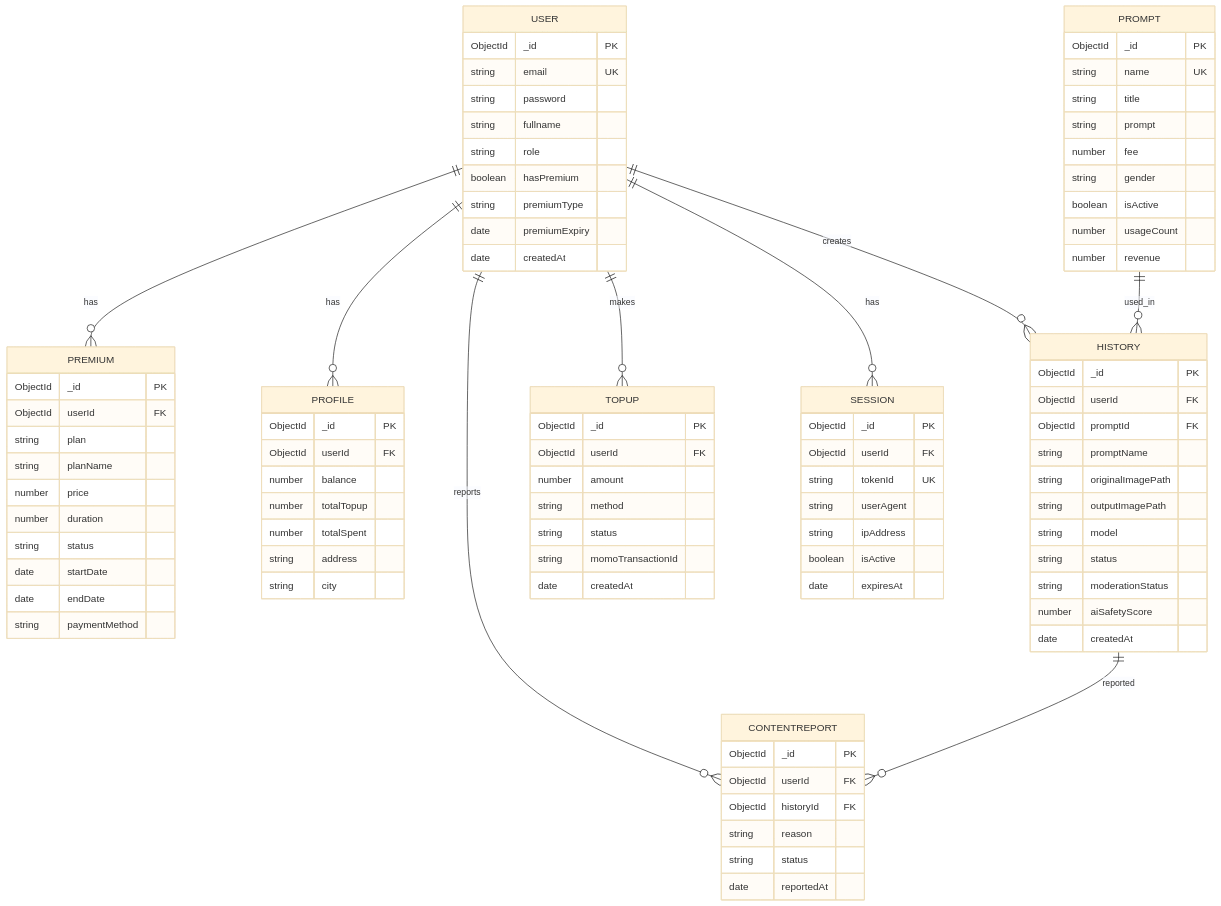
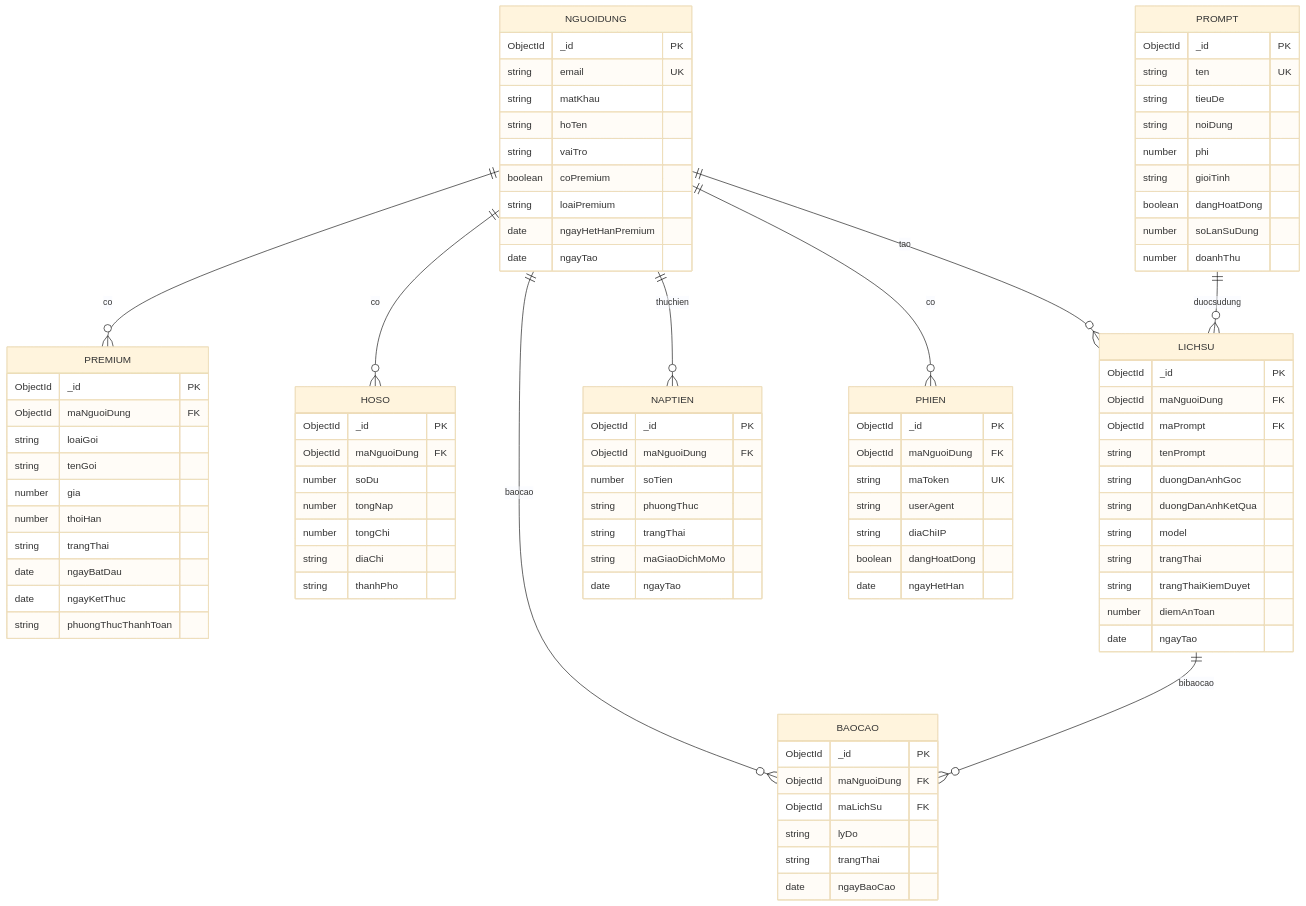
The fourth of 8 diagrams in DIAGRAMS.md (Son1BeYew/AIStudio), drawn with Mermaid (base theme) before and after one commit. The commit also changed other lines of this file, not shown here.

````diff
--- a/DIAGRAMS.md
+++ b/DIAGRAMS.md
@@ -178,102 +178,102 @@
 ```mermaid
 erDiagram
-    USER ||--o{ PREMIUM : has
-    USER ||--o{ PROFILE : has
-    USER ||--o{ HISTORY : creates
-    USER ||--o{ TOPUP : makes
-    USER ||--o{ SESSION : has
-    USER ||--o{ CONTENTREPORT : reports
+    NGUOIDUNG ||--o{ PREMIUM : co
+    NGUOIDUNG ||--o{ HOSO : co
+    NGUOIDUNG ||--o{ LICHSU : tao
+    NGUOIDUNG ||--o{ NAPTIEN : thuchien
+    NGUOIDUNG ||--o{ PHIEN : co
+    NGUOIDUNG ||--o{ BAOCAO : baocao
     
-    PROMPT ||--o{ HISTORY : used_in
-    HISTORY ||--o{ CONTENTREPORT : reported
+    PROMPT ||--o{ LICHSU : duocsudung
+    LICHSU ||--o{ BAOCAO : bibaocao
     
-    USER {
+    NGUOIDUNG {
         ObjectId _id PK
         string email UK
-        string password
-        string fullname
-        string role
-        boolean hasPremium
-        string premiumType
-        date premiumExpiry
-        date createdAt
+        string matKhau
+        string hoTen
+        string vaiTro
+        boolean coPremium
+        string loaiPremium
+        date ngayHetHanPremium
+        date ngayTao
     }
     
-    PROFILE {
+    HOSO {
         ObjectId _id PK
-        ObjectId userId FK
-        number balance
-        number totalTopup
-        number totalSpent
-        string address
-        string city
+        ObjectId maNguoiDung FK
+        number soDu
+        number tongNap
+        number tongChi
+        string diaChi
+        string thanhPho
     }
     
     PREMIUM {
         ObjectId _id PK
-        ObjectId userId FK
-        string plan
-        string planName
-        number price
-        number duration
-        string status
-        date startDate
-        date endDate
-        string paymentMethod
+        ObjectId maNguoiDung FK
+        string loaiGoi
+        string tenGoi
+        number gia
+        number thoiHan
+        string trangThai
+        date ngayBatDau
+        date ngayKetThuc
+        string phuongThucThanhToan
     }
     
     PROMPT {
         ObjectId _id PK
-        string name UK
-        string title
-        string prompt
-        number fee
-        string gender
-        boolean isActive
-        number usageCount
-        number revenue
+        string ten UK
+        string tieuDe
+        string noiDung
+        number phi
+        string gioiTinh
+        boolean dangHoatDong
+        number soLanSuDung
+        number doanhThu
     }
     
-    HISTORY {
+    LICHSU {
         ObjectId _id PK
-        ObjectId userId FK
-        ObjectId promptId FK
-        string promptName
-        string originalImagePath
-        string outputImagePath
+        ObjectId maNguoiDung FK
+        ObjectId maPrompt FK
+        string tenPrompt
+        string duongDanAnhGoc
+        string duongDanAnhKetQua
         string model
-        string status
-        string moderationStatus
-        number aiSafetyScore
-        date createdAt
+        string trangThai
+        string trangThaiKiemDuyet
+        number diemAnToan
+        date ngayTao
     }
     
-    TOPUP {
+    NAPTIEN {
         ObjectId _id PK
-        ObjectId userId FK
-        number amount
-        string method
-        string status
-        string momoTransactionId
-        date createdAt
+        ObjectId maNguoiDung FK
+        number soTien
+        string phuongThuc
+        string trangThai
+        string maGiaoDichMoMo
+        date ngayTao
     }
     
-    SESSION {
+    PHIEN {
         ObjectId _id PK
-        ObjectId userId FK
-        string tokenId UK
+        ObjectId maNguoiDung FK
+        string maToken UK
         string userAgent
-        string ipAddress
-        boolean isActive
-        date expiresAt
+        string diaChiIP
+        boolean dangHoatDong
+        date ngayHetHan
     }
     
-    CONTENTREPORT {
+    BAOCAO {
         ObjectId _id PK
-        ObjectId userId FK
-        ObjectId historyId FK
-        string reason
-        string status
-        date reportedAt
+        ObjectId maNguoiDung FK
+        ObjectId maLichSu FK
+        string lyDo
+        string trangThai
+        date ngayBaoCao
     }
 ```
````
